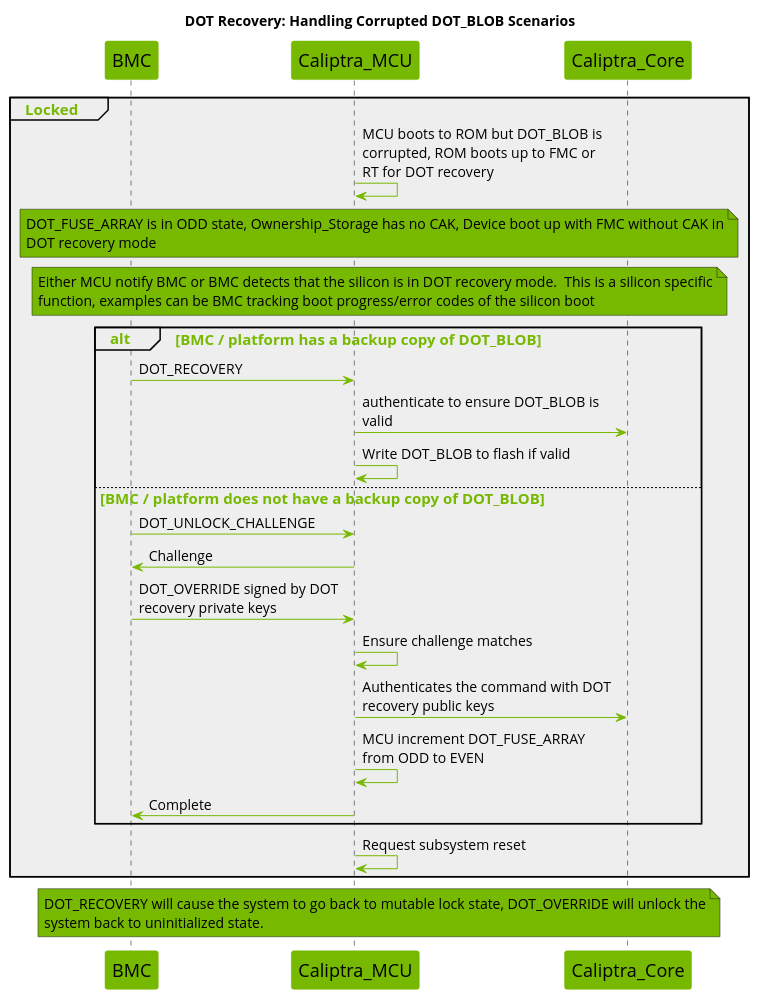
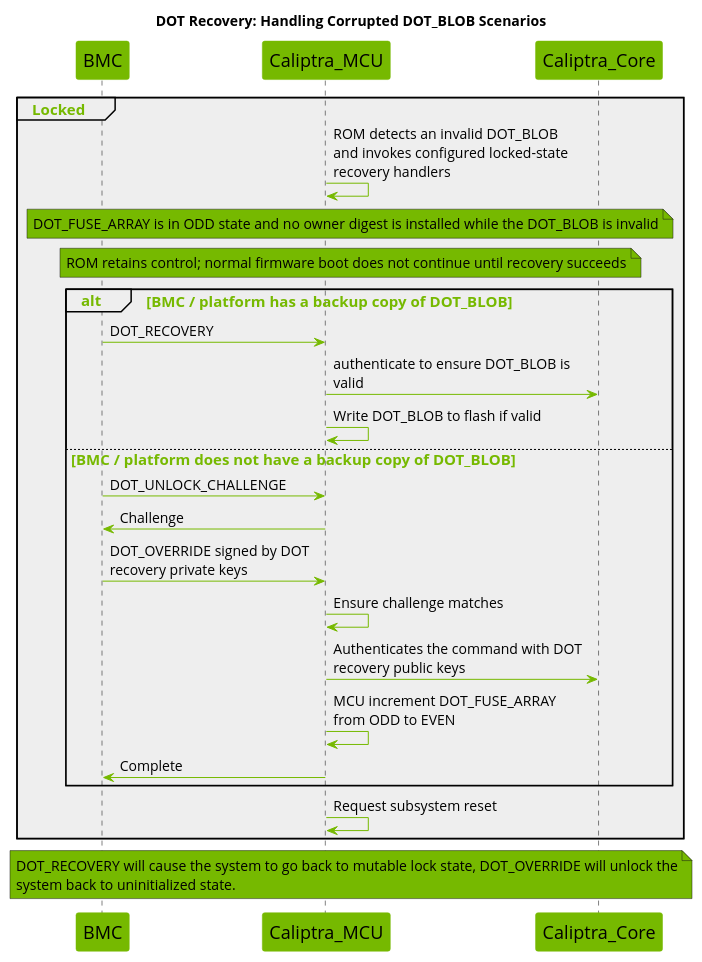
One commit to chipsalliance/caliptra-mcu-sw changed the seventh of 7 diagrams in docs/src/dot.md. Above: the diagram before and after it, drawn with PlantUML. The commit also changed other lines of this file and 7 other files, not shown here.

````diff
--- a/docs/src/dot.md
+++ b/docs/src/dot.md
@@ -1367,58 +1252,58 @@
 ```plantuml
 @startuml
 
 title DOT Recovery: Handling Corrupted DOT_BLOB Scenarios
 
 skinparam maxMessageSize 250
 skinparam wrapWidth 700
 skinparam backgroundColor white
 skinparam NoteBackgroundColor #76b900
 skinparam NoteFontSize 14
 skinparam SequenceGroupBodyBackgroundColor #EEEEEE
 skinparam defaultFontName Open Sans
 
 skinparam sequence {
     ArrowColor #76b900
     ActorBorderColor #76b900
     LifeLineBorderColor #000000
     LifeLineBackgroundColor #76b900
     GroupHeaderFontsize 15
     GroupHeaderFontColor #76b900
     GroupFontSize 15
     GroupFontColor #76b900
     ArrowFontSize 15
     ParticipantBorderColor #76b900
     ParticipantBackgroundColor #76b900
     ParticipantFontSize 18
     ParticipantFontColor black
     ArrowFontSize 14
 }
 
 participant BMC
 participant Caliptra_MCU
 participant Caliptra_Core
 
 group Locked
-    Caliptra_MCU -> Caliptra_MCU : MCU boots to ROM but DOT_BLOB is corrupted, ROM boots up to FMC or RT for DOT recovery
-    note across : DOT_FUSE_ARRAY is in ODD state, Ownership_Storage has no CAK, Device boot up with FMC without CAK in DOT recovery mode
-    note across : Either MCU notify BMC or BMC detects that the silicon is in DOT recovery mode.  This is a silicon specific function, examples can be BMC tracking boot progress/error codes of the silicon boot
+    Caliptra_MCU -> Caliptra_MCU : ROM detects an invalid DOT_BLOB and invokes configured locked-state recovery handlers
+    note across : DOT_FUSE_ARRAY is in ODD state and no owner digest is installed while the DOT_BLOB is invalid
+    note across : ROM retains control; normal firmware boot does not continue until recovery succeeds
     alt BMC / platform has a backup copy of DOT_BLOB
         BMC -> Caliptra_MCU : DOT_RECOVERY
         Caliptra_MCU -> Caliptra_Core : authenticate to ensure DOT_BLOB is valid
         Caliptra_MCU -> Caliptra_MCU : Write DOT_BLOB to flash if valid
     else BMC / platform does not have a backup copy of DOT_BLOB
         BMC -> Caliptra_MCU : DOT_UNLOCK_CHALLENGE
         Caliptra_MCU -> BMC : Challenge
         BMC -> Caliptra_MCU : DOT_OVERRIDE signed by DOT recovery private keys
         Caliptra_MCU -> Caliptra_MCU : Ensure challenge matches
         Caliptra_MCU -> Caliptra_Core : Authenticates the command with DOT recovery public keys
         Caliptra_MCU -> Caliptra_MCU : MCU increment DOT_FUSE_ARRAY from ODD to EVEN
         Caliptra_MCU -> BMC : Complete
     end
     Caliptra_MCU -> Caliptra_MCU : Request subsystem reset
 end
 note across : DOT_RECOVERY will cause the system to go back to mutable lock state, DOT_OVERRIDE will unlock the system back to uninitialized state.
 
 
 @enduml
 ```
````
